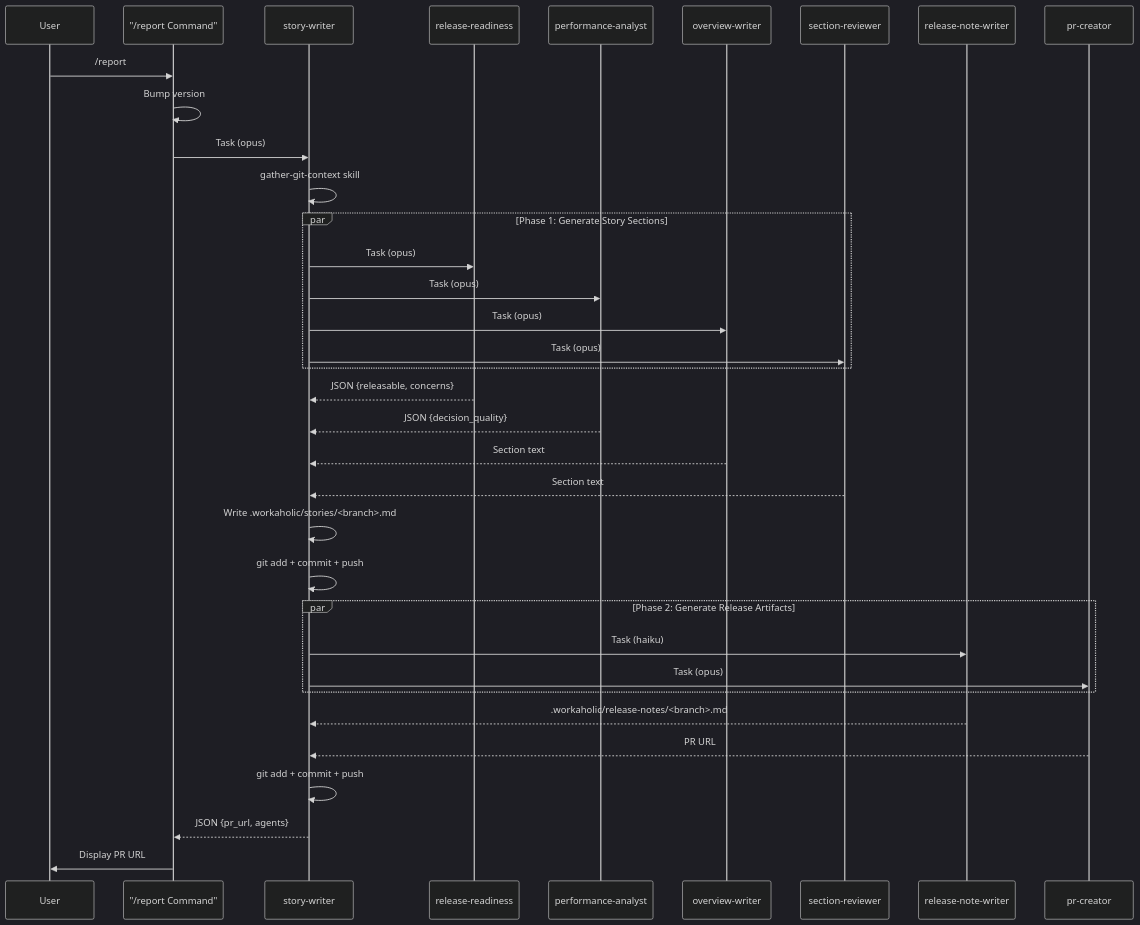
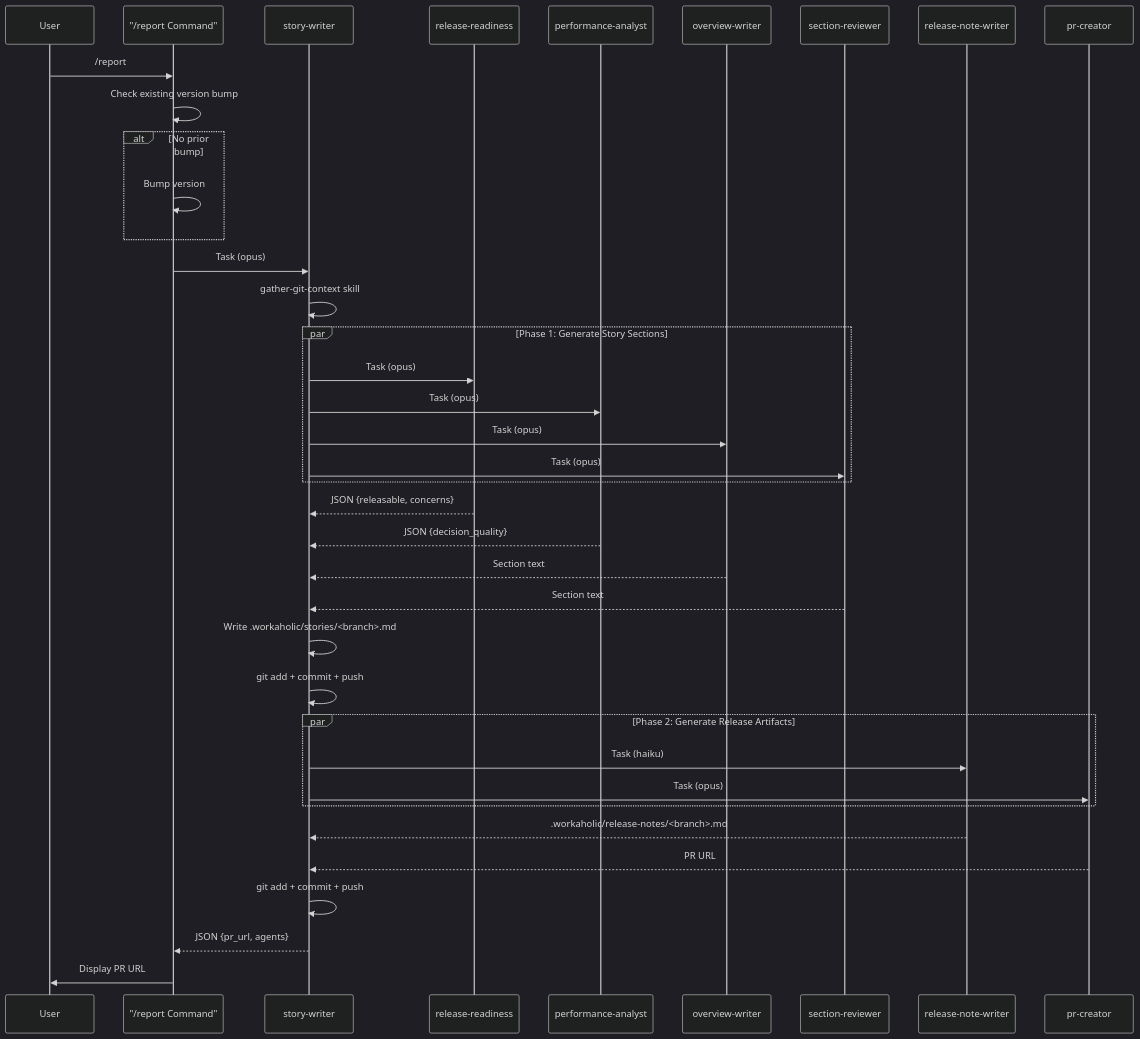
The fourth of 9 diagrams in .workaholic/specs/application.md (qmu/workaholic), drawn with Mermaid (dark theme) before and after one commit. The commit also changed other lines of this file and 29 other files, not shown here.

````diff
--- a/.workaholic/specs/application.md
+++ b/.workaholic/specs/application.md
@@ -139,44 +139,47 @@
 ```mermaid
 sequenceDiagram
     participant User
     participant report as "/report Command"
     participant sw as story-writer
     participant rr as release-readiness
     participant pa as performance-analyst
     participant ow as overview-writer
     participant sr as section-reviewer
     participant rnw as release-note-writer
     participant pc as pr-creator
 
     User->>report: /report
-    report->>report: Bump version
+    report->>report: Check existing version bump
+    alt No prior bump
+        report->>report: Bump version
+    end
     report->>sw: Task (opus)
     sw->>sw: gather-git-context skill
 
     par Phase 1: Generate Story Sections
         sw->>rr: Task (opus)
         sw->>pa: Task (opus)
         sw->>ow: Task (opus)
         sw->>sr: Task (opus)
     end
 
     rr-->>sw: JSON {releasable, concerns}
     pa-->>sw: JSON {decision_quality}
     ow-->>sw: Section text
     sr-->>sw: Section text
 
     sw->>sw: Write .workaholic/stories/<branch>.md
     sw->>sw: git add + commit + push
 
     par Phase 2: Generate Release Artifacts
         sw->>rnw: Task (haiku)
         sw->>pc: Task (opus)
     end
 
     rnw-->>sw: .workaholic/release-notes/<branch>.md
     pc-->>sw: PR URL
 
     sw->>sw: git add + commit + push
     sw-->>report: JSON {pr_url, agents}
     report->>User: Display PR URL
 ```
````
